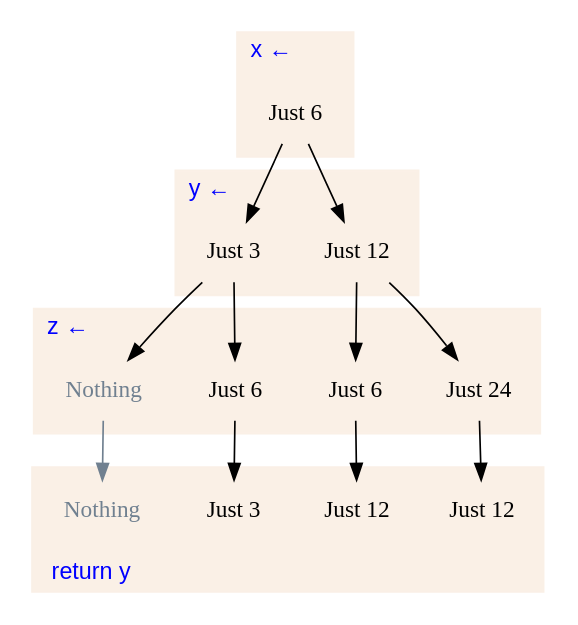
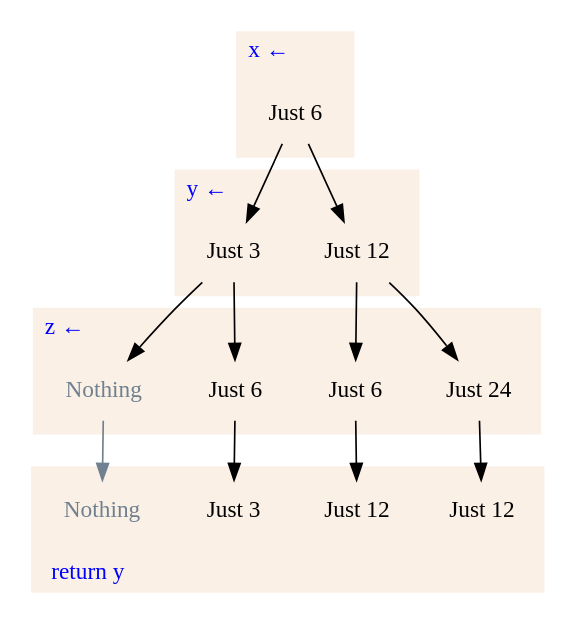
One commit to mstksg/inCode changed the diagram in work/monad-plus/halvedouble.dot. Above: the diagram before and after it, drawn with Graphviz. The commit also changed 6 other files, not shown here.

```diff
--- a/work/monad-plus/halvedouble.dot
+++ b/work/monad-plus/halvedouble.dot
@@ -1,68 +1,68 @@
 digraph {
 
     node [shape=none, color=white, fontname="palatino"] ;
-    graph [fontname="helvetica"] ;
+    graph [fontname="palatino"] ;
 
     /* rankdir=LR; */
 
     labeljust="l";
     constraint=false;
 
     subgraph cluster0 {
         label="x ←" ;
         fontcolor=blue;
         style=filled ;
         color=linen ;
         /* xl [label="x",shape=none] ; */
         x  [label="Just 6"] ;
     }
 
     subgraph cluster1 {
         label="y ←" ;
         fontcolor=blue;
         style=filled ;
         color=linen ;
         /* yl [label="y"] ; */
         y2 [label="Just 12"] ;
         y1 [label="Just 3"] ;
     }
 
     subgraph cluster2 {
         label="z ←" ;
         fontcolor=blue;
         style=filled;
         color=linen;
         /* zl [label="z"] ; */
         z4 [label="Just 24"] ;
         z3 [label="Just 6"] ;
         z2 [label="Just 6"] ;
         z1 [label="Nothing",fontcolor=slategray] ;
     }
 
     subgraph cluster3 {
         label="return y" ;
         labelloc=b;
         fontcolor=blue;
         style=filled;
         color=linen;
         /* rl [label="return z"] ; */
         r4 [label="Just 12"] ;
         r3 [label="Just 12"] ;
         r2 [label="Just 3"] ;
         r1 [label="Nothing",fontcolor=slategray] ;
     }
 
     x  -> y1 ;
     x  -> y2 ;
 
     y1 -> z1 ;
     y1 -> z2 ;
     y2 -> z3 ;
     y2 -> z4 ;
 
     z1 -> r1 [color=slategray];
     z2 -> r2 ;
     z3 -> r3 ;
     z4 -> r4 ;
 
 }
```
